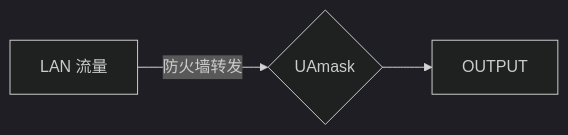
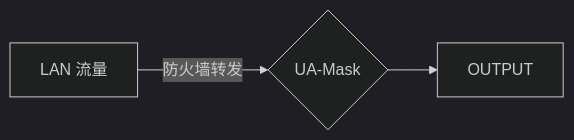
The first of 3 diagrams in README.md (Zesuy/UA-Mask), drawn with Mermaid (dark theme) before and after one commit. The commit also changed other lines of this file and 1 other file, not shown here.

`````diff
--- a/README.md
+++ b/README.md
@@ -47,5 +42,5 @@
 ```mermaid
 graph LR
     A[LAN 流量] --"防火墙转发"--> B{UAmask}
-    B{UAmask} --> C[OUTPUT]
+    B{UA-Mask} --> C[OUTPUT]
 ````
`````
